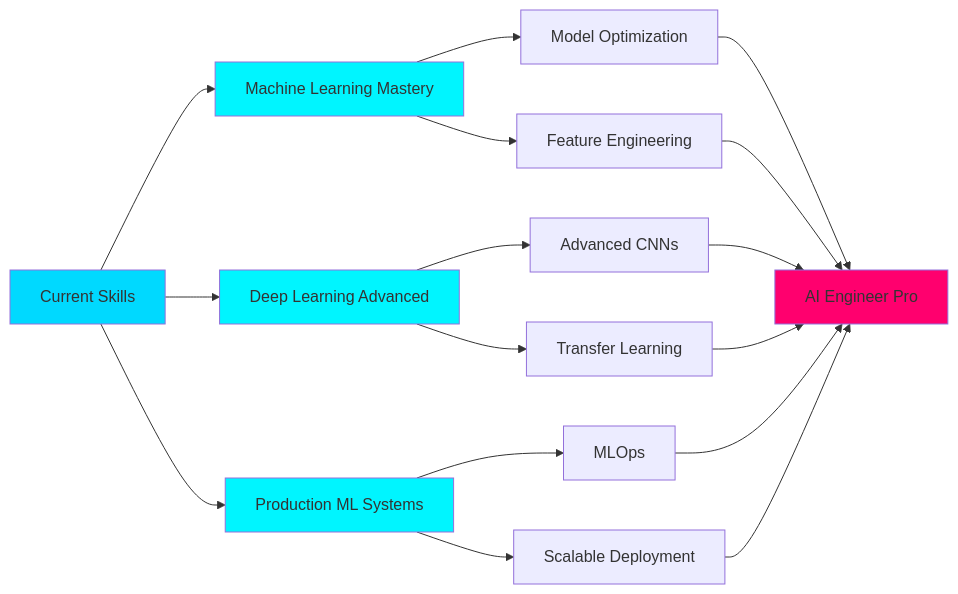
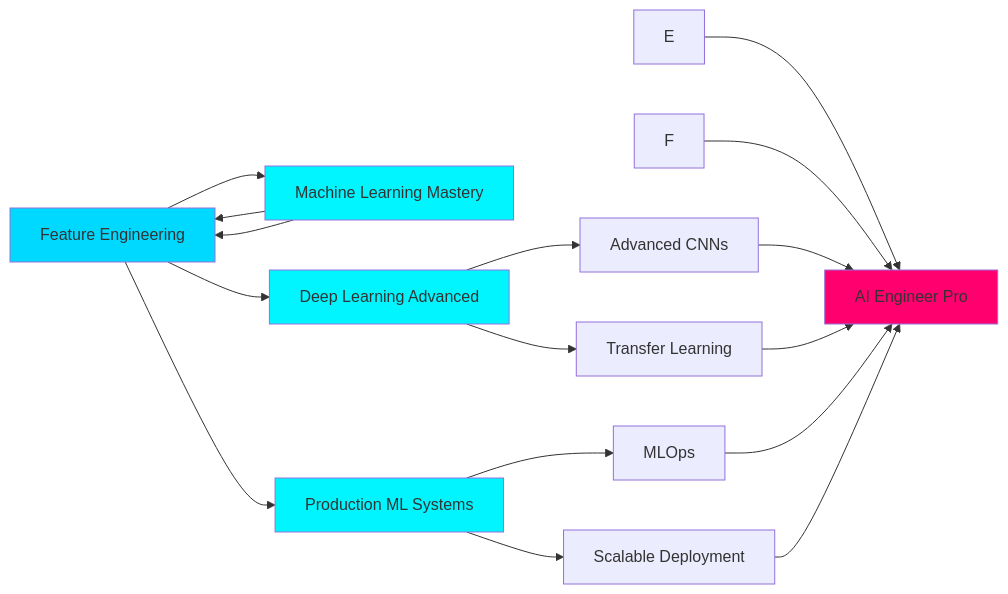
The diagram in README.md (Nimit746/Nimit746), drawn with Mermaid before and after one commit. The commit also changed other lines of this file, not shown here.

````diff
--- a/README.md
+++ b/README.md
@@ -551,28 +551,28 @@
 ```mermaid
 graph LR
     A[Current Skills] --> B[Machine Learning Mastery]
     A --> C[Deep Learning Advanced]
     A --> D[Production ML Systems]
     
-    B --> E[Model Optimization]
-    B --> F[Feature Engineering]
+    B --> A[Model Optimization]
+    B --> A[Feature Engineering]
     
     C --> G[Advanced CNNs]
     C --> H[Transfer Learning]
     
     D --> I[MLOps]
     D --> J[Scalable Deployment]
     
     E --> K[AI Engineer Pro]
     F --> K
     G --> K
     H --> K
     I --> K
     J --> K
     
     style A fill:#00D9FF
     style K fill:#FF006E
     style B fill:#00F5FF
     style C fill:#00F5FF
     style D fill:#00F5FF
 ```
````
